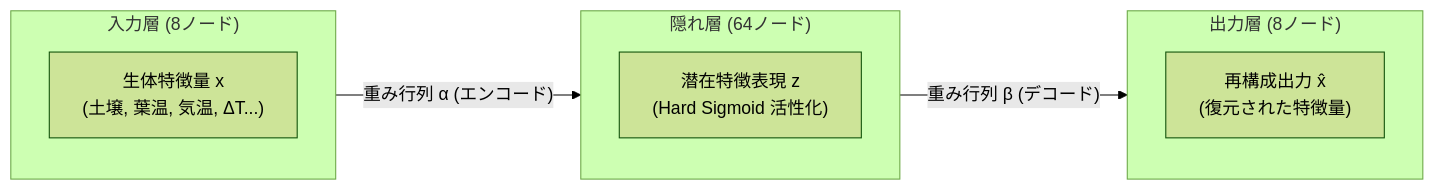
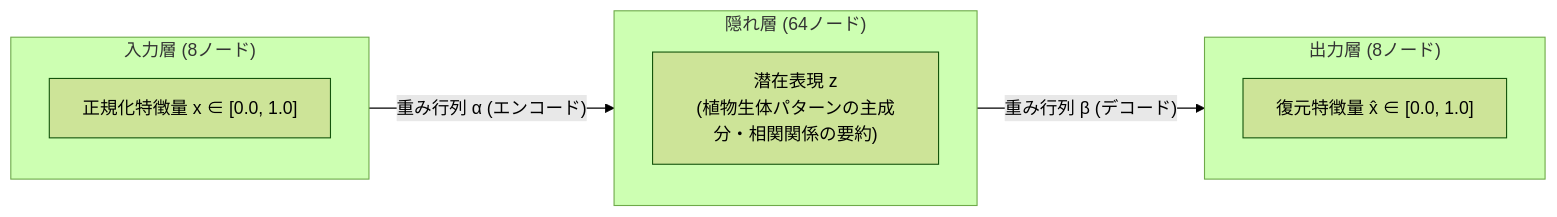
One commit to horned128/plant-doctor changed the third of 3 diagrams in docs/textbook/03_autoencoder_and_anomaly_detection.md. Above: the diagram before and after it, drawn with Mermaid (forest theme). The commit also changed other lines of this file and 5 other files, not shown here.

````diff
--- a/docs/textbook/03_autoencoder_and_anomaly_detection.md
+++ b/docs/textbook/03_autoencoder_and_anomaly_detection.md
@@ -35,17 +131,17 @@
 ```mermaid
 graph LR
-    subgraph INPUT["入力層 (8ノード)"]
-        X["生体特徴量 x<br/>(土壌, 葉温, 気温, ΔT...)"]
+    subgraph IN["入力層 (8ノード)"]
+        X["正規化特徴量 x ∈ [0.0, 1.0]"]
     end
 
-    subgraph HIDDEN["隠れ層 (64ノード)"]
-        Z["潜在特徴表現 z<br/>(Hard Sigmoid 活性化)"]
+    subgraph HID["隠れ層 (64ノード)"]
+        Z["潜在表現 z<br/>(植物生体パターンの主成分・相関関係の要約)"]
     end
 
-    subgraph OUTPUT["出力層 (8ノード)"]
-        X_HAT["再構成出力 x̂<br/>(復元された特徴量)"]
+    subgraph OUT["出力層 (8ノード)"]
+        X_HAT["復元特徴量 x̂ ∈ [0.0, 1.0]"]
     end
 
-    INPUT -- "重み行列 α (エンコード)" --> HIDDEN
-    HIDDEN -- "重み行列 β (デコード)" --> OUTPUT
+    IN -- "重み行列 α (エンコード)" --> HID
+    HID -- "重み行列 β (デコード)" --> OUT
 ```
````
